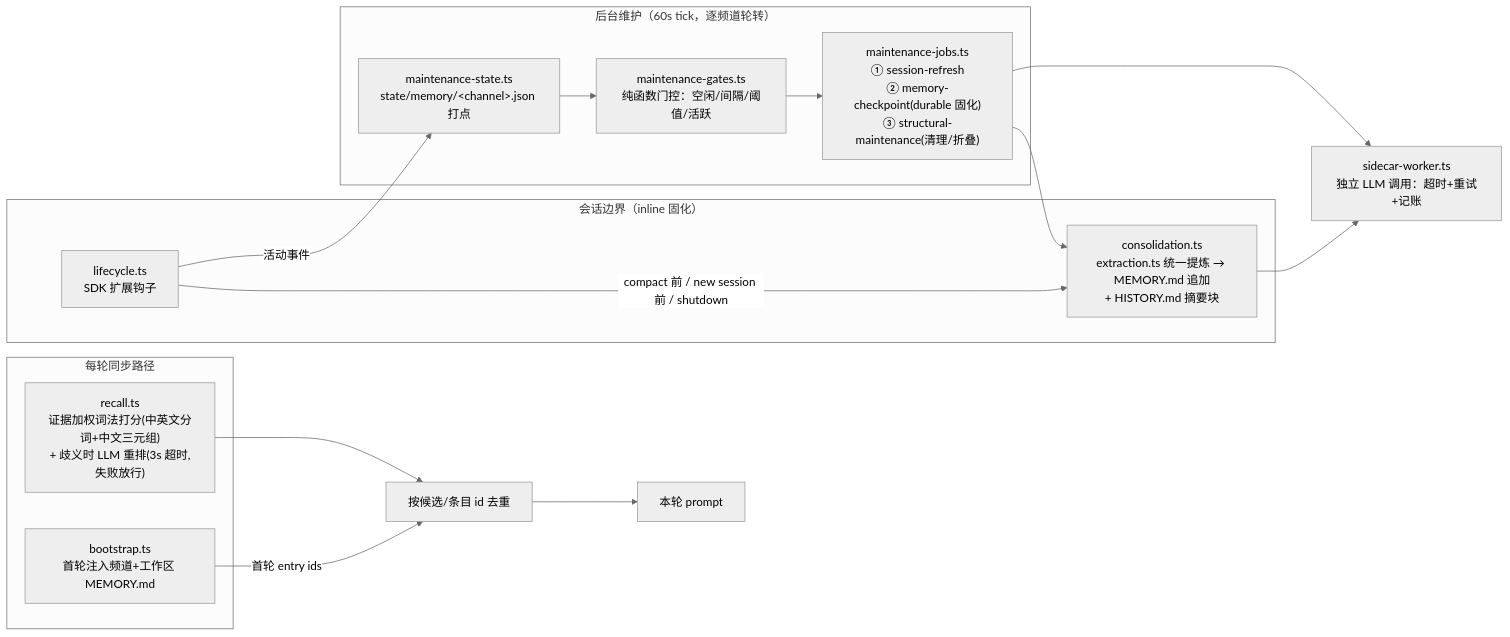
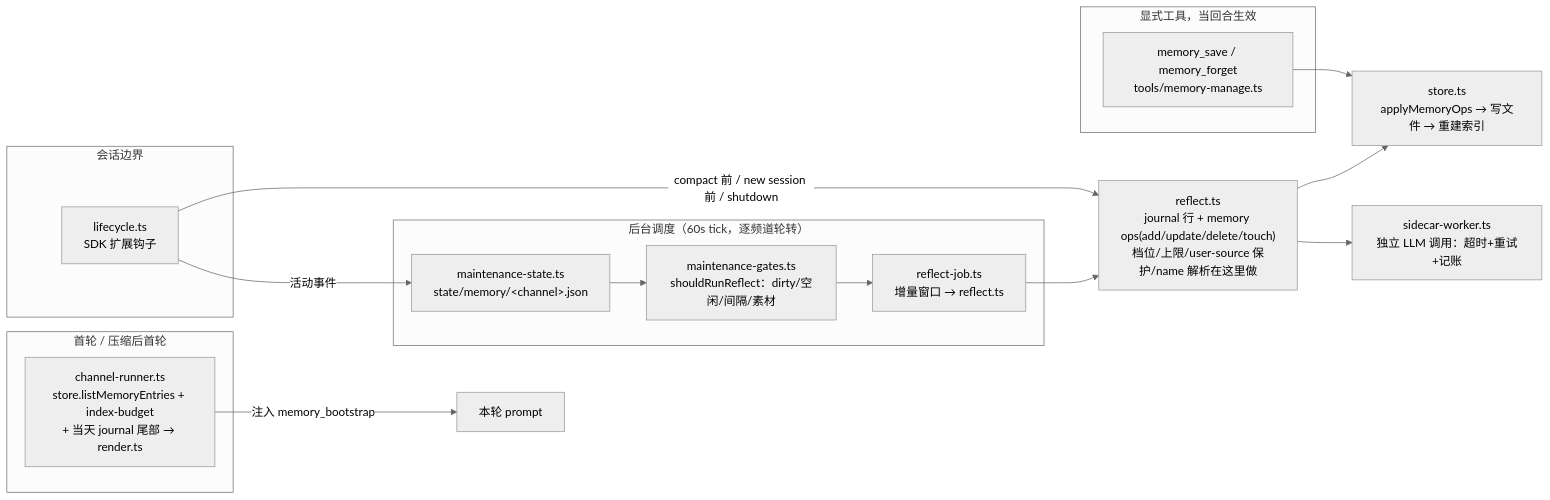
Before and after one commit to oyasmi/pipiclaw: the third of 4 diagrams in docs/architecture.md, drawn with Mermaid (neutral theme). The commit also changed other lines of this file and 17 other files, not shown here.

````diff
--- a/docs/architecture.md
+++ b/docs/architecture.md
@@ -199,28 +197,32 @@
 ```mermaid
 flowchart LR
-    subgraph turn [每轮同步路径]
-        RECALL["recall.ts<br/>证据加权词法打分(中英文分词+中文三元组)<br/>+ 歧义时 LLM 重排(3s 超时,失败放行)"]
-        BOOT["bootstrap.ts<br/>首轮注入频道+工作区 MEMORY.md"]
+    subgraph turn [首轮 / 压缩后首轮]
+        BOOT["channel-runner.ts<br/>store.listMemoryEntries + index-budget<br/>+ 当天 journal 尾部 → render.ts"]
     end
 
-    subgraph boundary [会话边界（inline 固化）]
-        LC["lifecycle.ts<br/>SDK 扩展钩子"]
-        CONS["consolidation.ts<br/>extraction.ts 统一提炼 → MEMORY.md 追加<br/>+ HISTORY.md 摘要块"]
+    subgraph tools [显式工具，当回合生效]
+        SAVE["memory_save / memory_forget<br/>tools/memory-manage.ts"]
     end
 
-    subgraph sched [后台维护（60s tick，逐频道轮转）]
-        GATES["maintenance-gates.ts<br/>纯函数门控：空闲/间隔/阈值/活跃"]
-        JOBS["maintenance-jobs.ts<br/>① session-refresh<br/>② memory-checkpoint(durable 固化)<br/>③ structural-maintenance(清理/折叠)"]
-        STATE["maintenance-state.ts<br/>state/memory/&lt;channel&gt;.json 打点"]
+    subgraph boundary [会话边界]
+        LC["lifecycle.ts<br/>SDK 扩展钩子"]
     end
 
+    subgraph sched [后台调度（60s tick，逐频道轮转）]
+        GATES["maintenance-gates.ts<br/>shouldRunReflect：dirty/空闲/间隔/素材"]
+        JOB["reflect-job.ts<br/>增量窗口 → reflect.ts"]
+        STATE["maintenance-state.ts<br/>state/memory/&lt;channel&gt;.json"]
+    end
+
+    REFLECT["reflect.ts<br/>journal 行 + memory ops(add/update/delete/touch)<br/>档位/上限/user-source 保护/name 解析在这里做"]
+    STORE["store.ts<br/>applyMemoryOps → 写文件 → 重建索引"]
     SIDE["sidecar-worker.ts<br/>独立 LLM 调用：超时+重试+记账"]
 
-    BOOT -->|首轮 entry ids| DEDUPE[按候选/条目 id 去重]
-    RECALL --> DEDUPE --> PROMPT[本轮 prompt]
-    LC -->|compact 前 / new session 前 / shutdown| CONS
-    GATES --> JOBS --> CONS
-    JOBS --> SIDE
-    CONS --> SIDE
+    BOOT -->|注入 memory_bootstrap| PROMPT[本轮 prompt]
+    SAVE --> STORE
+    LC -->|compact 前 / new session 前 / shutdown| REFLECT
+    GATES --> JOB --> REFLECT
+    REFLECT --> STORE
+    REFLECT --> SIDE
     LC -->|活动事件| STATE --> GATES
 ```
````
